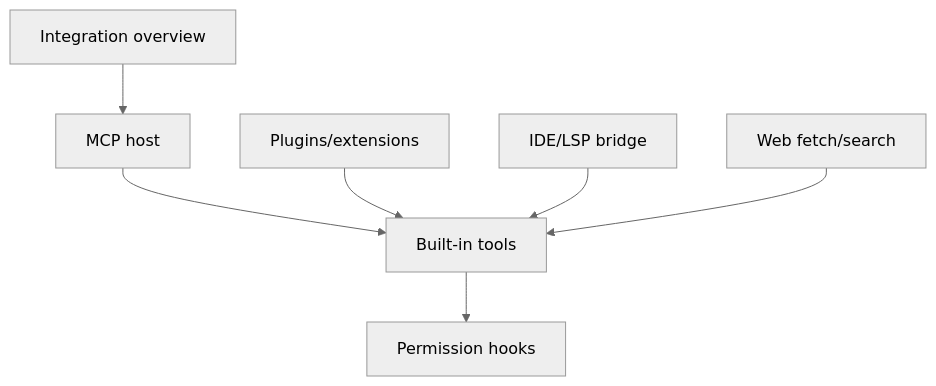
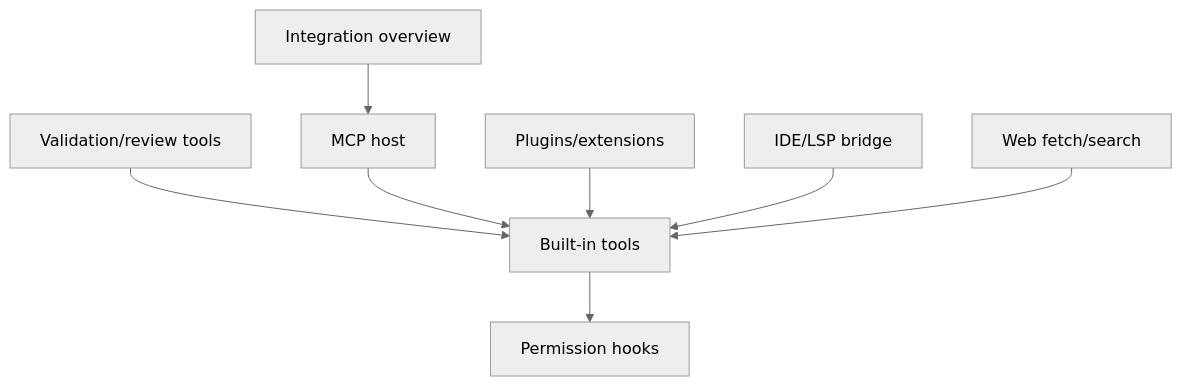
The diagram in docs/04-tools-and-integrations/README.md (vibewatch/copilot-cli-internals), drawn with Mermaid (neutral theme) before and after one commit. The commit also changed other lines of this file and 6 other files, not shown here.

Commit message:
feat: enhance documentation for tools and integrations, adding validation/review tools and coding-agent validation toolchain

````diff
--- a/docs/04-tools-and-integrations/README.md
+++ b/docs/04-tools-and-integrations/README.md
@@ -16,9 +16,10 @@
 ```mermaid
 flowchart TD
     Tools[Built-in tools] --> Permissions[Permission hooks]
+    Validation[Validation/review tools] --> Tools
     MCP[MCP host] --> Tools
     Plugins[Plugins/extensions] --> Tools
     IDE[IDE/LSP bridge] --> Tools
     Web[Web fetch/search] --> Tools
     Overview[Integration overview] --> MCP
 ```
````
